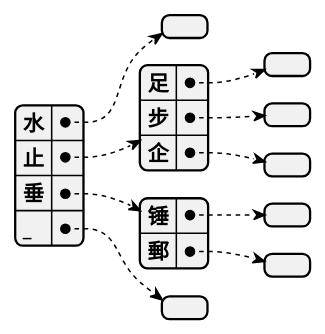
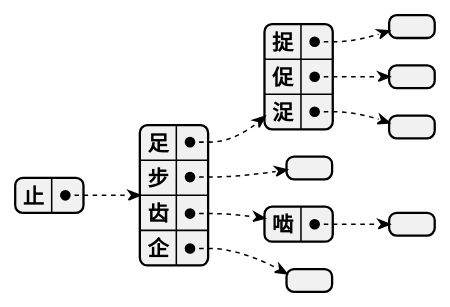
One commit to imharrywu/ChineseCharacterTree changed the diagram in index.iuml. Above: the diagram before and after it, drawn with PlantUML.

```diff
--- a/index.iuml
+++ b/index.iuml
@@ -1,17 +1,14 @@
 @startjson
 {
-  "水": {
-    
-  },
   "止": {
-    "足":{},
+    "足":{
+        "捉":{},
+        "促":{},
+        "浞":{}
+    },
     "步":{},
+    "齿":{"啮":{}},
     "企":{}
-  },
-  "垂":{
-    "锤":{},
-    "郵":{}
-  },
-  "_": {}
+  }
 }
 @endjson
```
